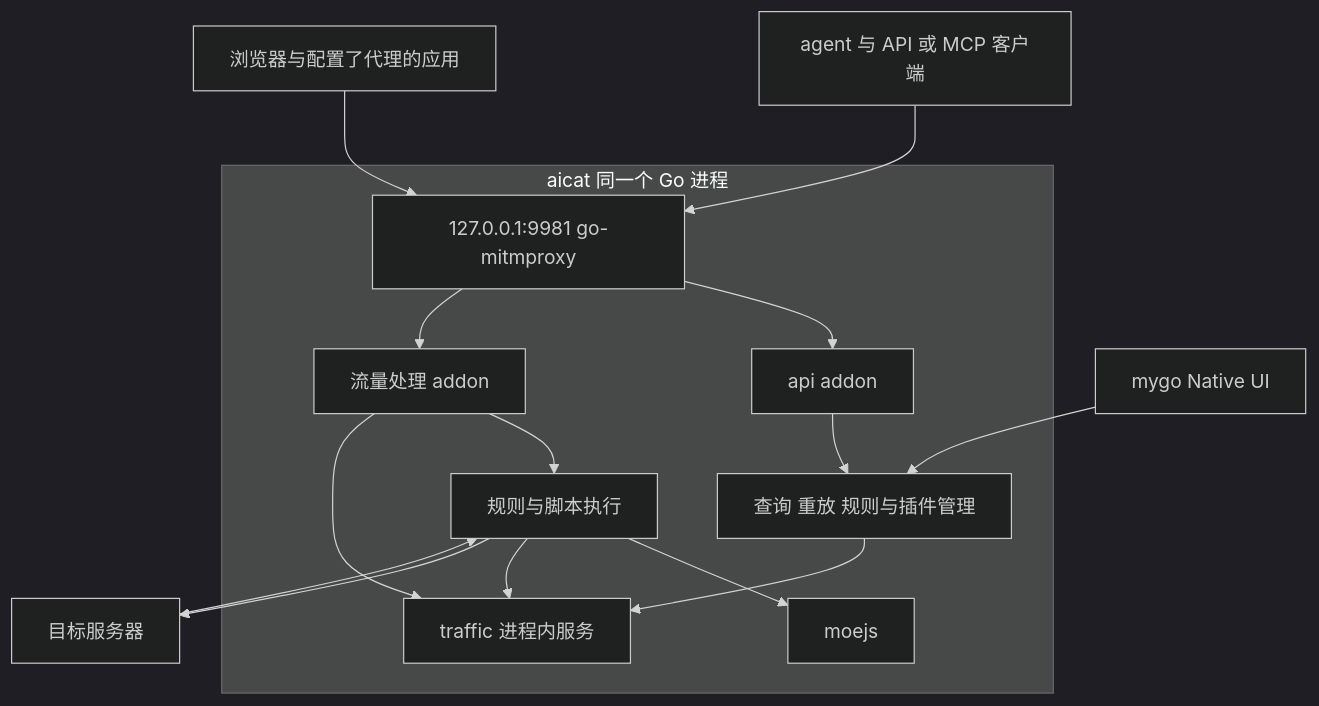
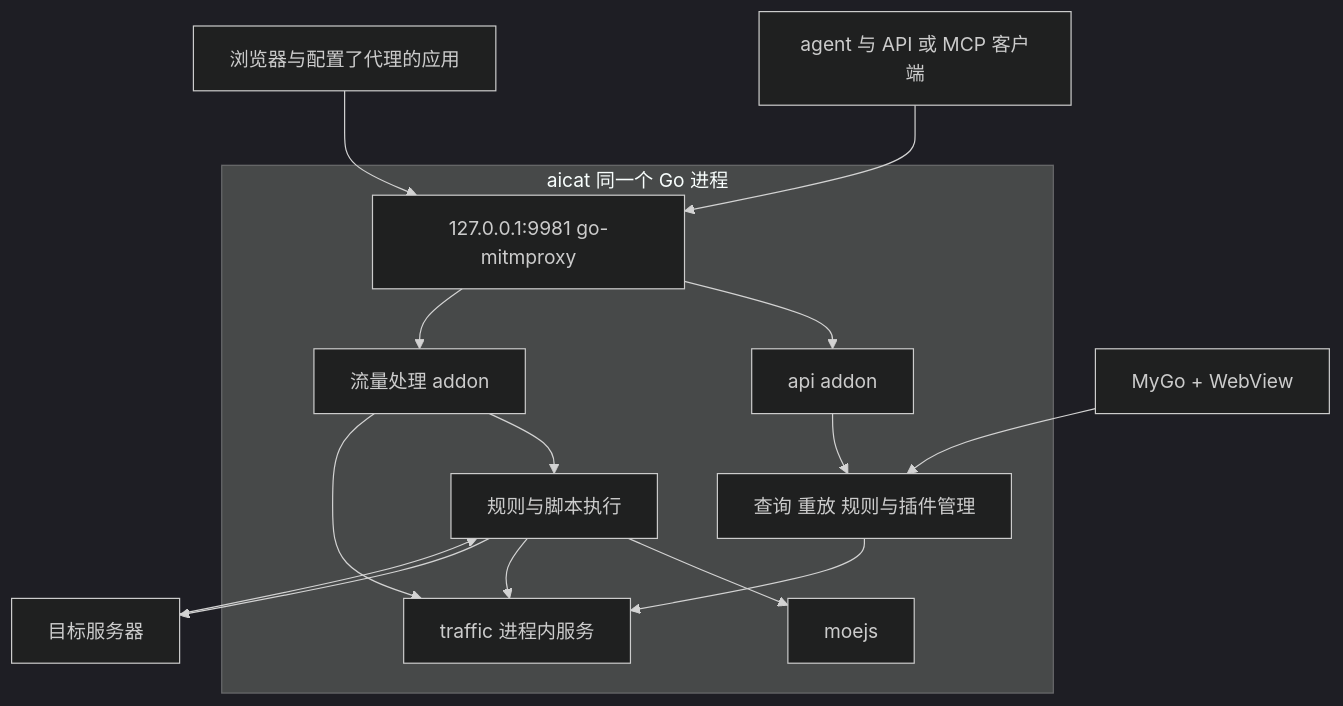
The diagram in docs/phase-one-design.md (fishioon/aicat), drawn with Mermaid (dark theme) before and after one commit. The commit also changed other lines of this file and 66 other files, not shown here.

First line of the commit message:
refactor: 将桌面界面迁移到 WebView

````diff
--- a/docs/phase-one-design.md
+++ b/docs/phase-one-design.md
@@ -59,21 +59,21 @@
 ```mermaid
 flowchart TB
-    UI[mygo Native UI] --> Services
+    UI[MyGo + WebView] --> Services
     Agent[agent 与 API 或 MCP 客户端] --> Entry
     Client[浏览器与配置了代理的应用] --> Entry
 
     subgraph Runtime[aicat 同一个 Go 进程]
         Entry[127.0.0.1:9981 go-mitmproxy]
         Entry --> Control[api addon]
         Entry --> Traffic[流量处理 addon]
         Control --> Services[查询 重放 规则与插件管理]
         Traffic --> Pipeline[规则与脚本执行]
         Pipeline --> JS[moejs]
         Traffic --> Store[traffic 进程内服务]
         Pipeline --> Store
         Services --> Store
     end
 
     Pipeline --> Upstream[目标服务器]
     Upstream --> Pipeline
 ```
````
